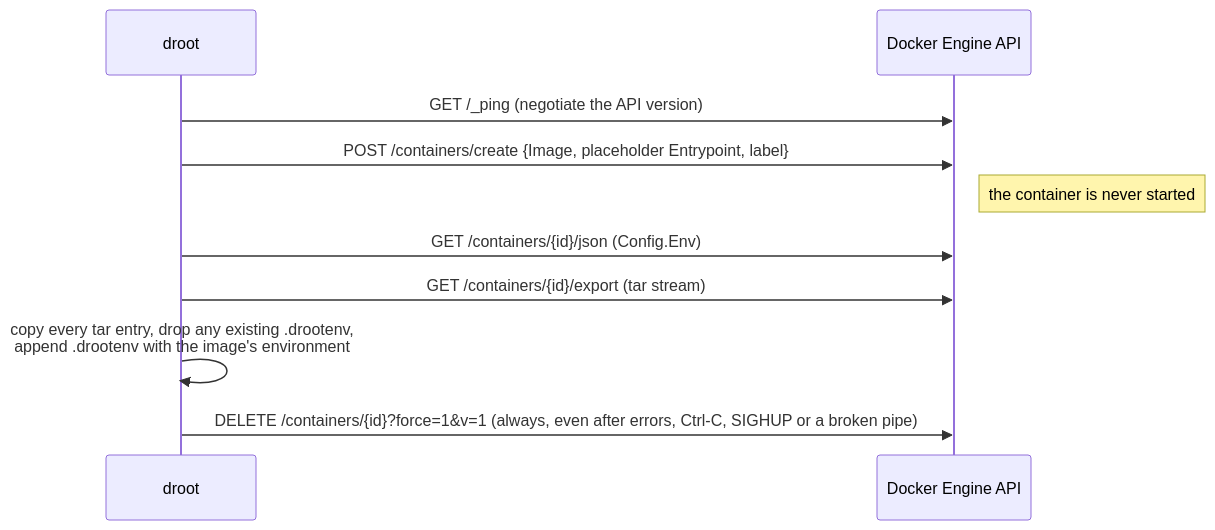
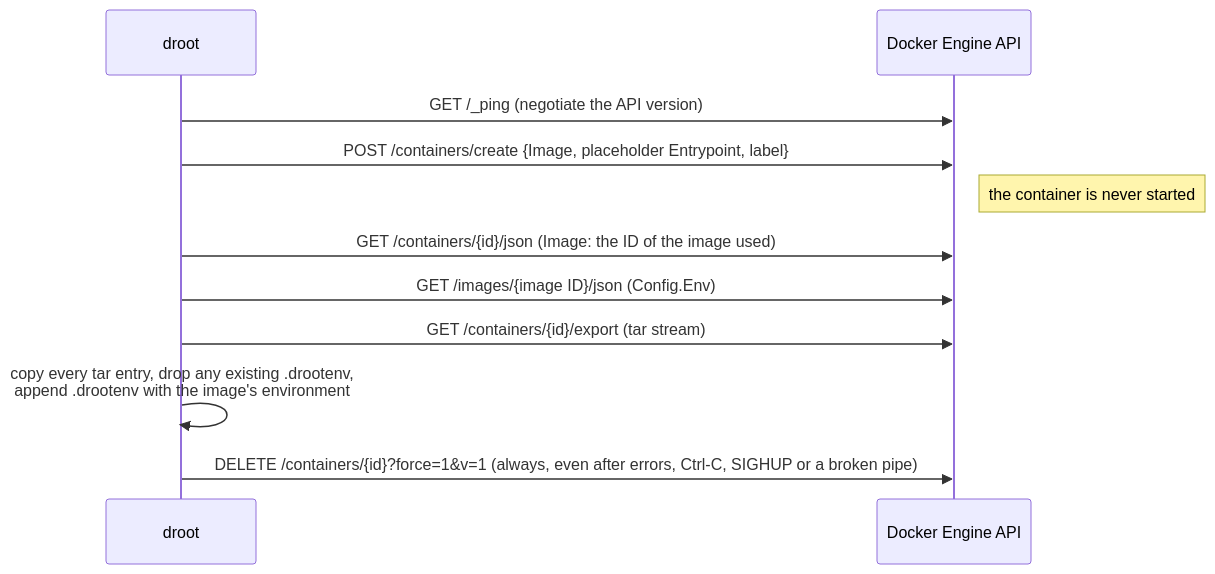
Before and after one commit to yuuki/droot: the second of 2 diagrams in documentation/architecture.md, drawn with Mermaid. The commit also changed other lines of this file and 5 other files, not shown here.

First line of the commit message:
export: take the environment from the image config

````diff
--- a/documentation/architecture.md
+++ b/documentation/architecture.md
@@ -39,12 +39,13 @@
 ```mermaid
 sequenceDiagram
   participant D as droot
   participant E as Docker Engine API
   D->>E: GET /_ping (negotiate the API version)
   D->>E: POST /containers/create {Image, placeholder Entrypoint, label}
   Note right of E: the container is never started
-  D->>E: GET /containers/{id}/json (Config.Env)
+  D->>E: GET /containers/{id}/json (Image: the ID of the image used)
+  D->>E: GET /images/{image ID}/json (Config.Env)
   D->>E: GET /containers/{id}/export (tar stream)
   D->>D: copy every tar entry, drop any existing .drootenv,<br/>append .drootenv with the image's environment
   D->>E: DELETE /containers/{id}?force=1&v=1 (always, even after errors, Ctrl-C, SIGHUP or a broken pipe)
 ```
````
